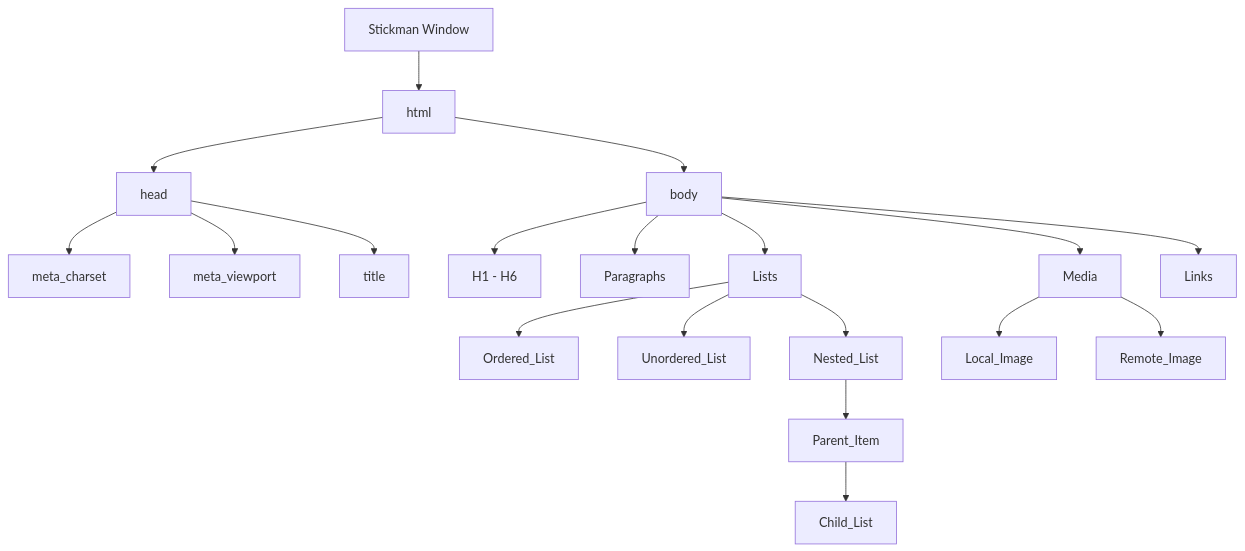
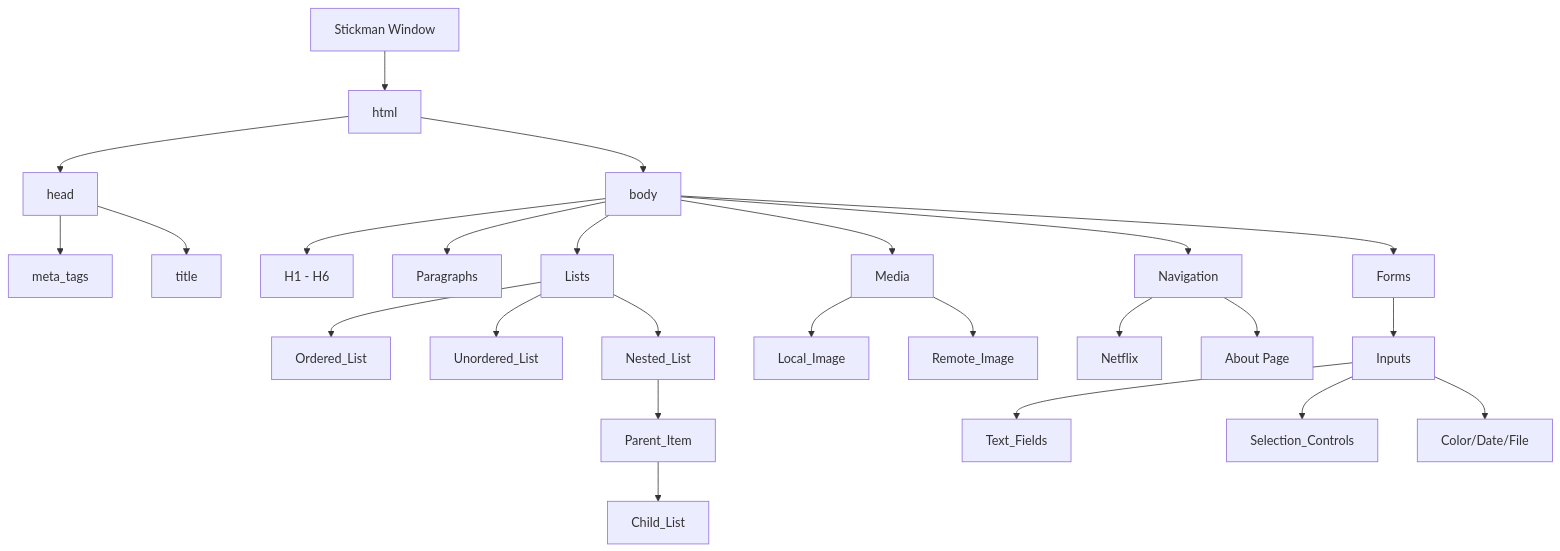
One commit to SonamNarula/ChaiCode-Dev-Cohort changed the diagram in README.md. Above: the diagram before and after it, drawn with Mermaid. The commit also changed other lines of this file and 3 other files, not shown here.

````diff
--- a/README.md
+++ b/README.md
@@ -56,21 +59,36 @@
     ```mermaid
     graph TD;
       root[Stickman Window] --> html;
       html --> head;
-      head --> meta_charset;
-      head --> meta_viewport;
+      head --> meta_tags;
       head --> title;
       html --> body;
+      
+      %% Content Sections
       body --> Headings[H1 - H6];
       body --> Paragraphs;
+      
+      %% Lists
       body --> Lists;
       Lists --> Ordered_List;
       Lists --> Unordered_List;
       Lists --> Nested_List;
       Nested_List --> Parent_Item;
       Parent_Item --> Child_List;
+      
+      %% Media
       body --> Media;
       Media --> Local_Image;
       Media --> Remote_Image;
-      body --> Links;
+      
+      %% Navigation & Forms
+      body --> Navigation;
+      Navigation --> External_Link[Netflix];
+      Navigation --> Internal_Link[About Page];
+      
+      body --> Forms;
+      Forms --> Inputs;
+      Inputs --> Text_Fields;
+      Inputs --> Selection_Controls;
+      Inputs --> Special_Types[Color/Date/File];
     ```
````
